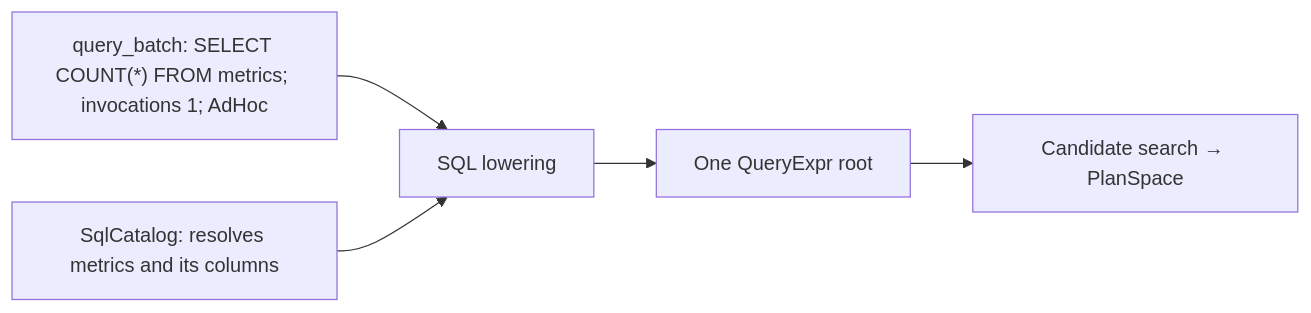
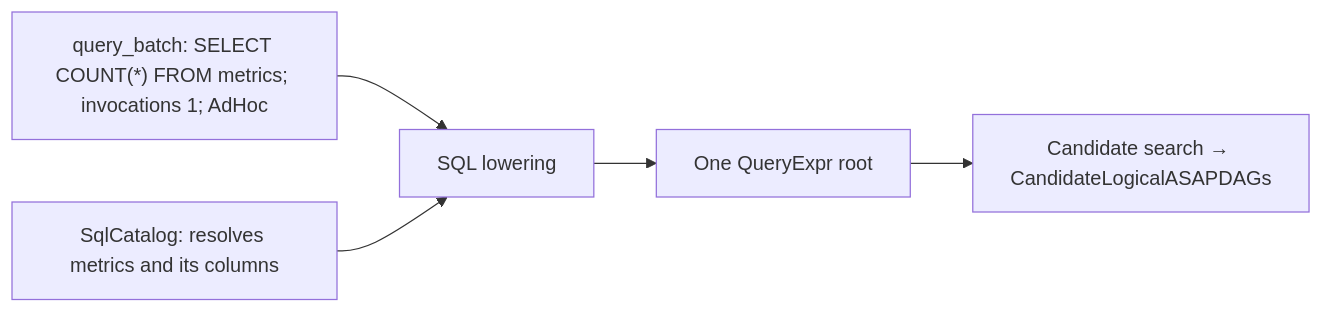
Before and after one commit to ProjectASAP/ASAPPlanner: the second of 2 diagrams in docs/design_docs/architecture/input-output-workflow.md, drawn with Mermaid. The commit also changed other lines of this file and 42 other files, not shown here.

````diff
--- a/docs/design_docs/architecture/input-output-workflow.md
+++ b/docs/design_docs/architecture/input-output-workflow.md
@@ -100,11 +100,11 @@
 ```mermaid
 flowchart LR
     Q["query_batch: SELECT COUNT(*) FROM metrics; invocations 1; AdHoc"]
     C["SqlCatalog: resolves metrics and its columns"]
     F["SQL lowering"]
     R["One QueryExpr root"]
-    P["Candidate search → PlanSpace"]
+    P["Candidate search → CandidateLogicalASAPDAGs"]
     Q --> F
     C --> F
     F --> R --> P
 ```
````
